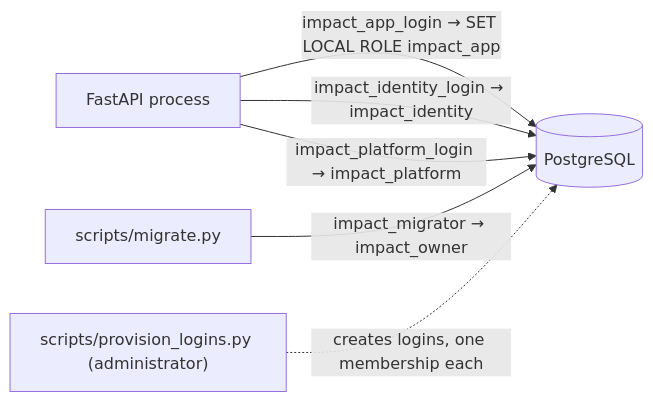
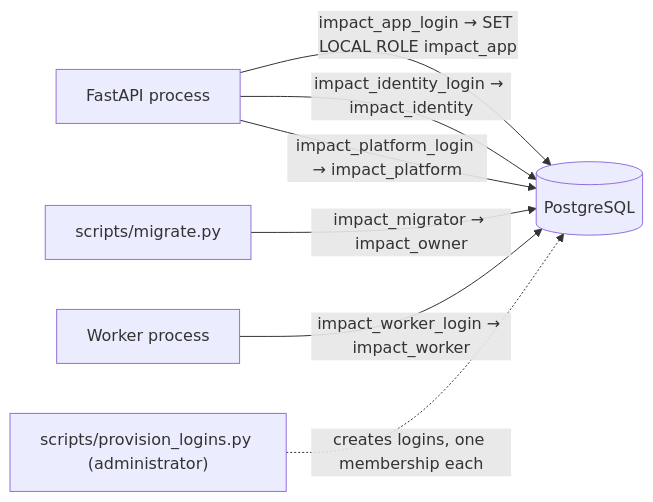
Before and after one commit to nakul175/impact-platform: the fourth of 5 diagrams in docs/current/ARCHITECTURE-CURRENT.md, drawn with Mermaid. The commit also changed other lines of this file and 34 other files, not shown here.

````diff
--- a/docs/current/ARCHITECTURE-CURRENT.md
+++ b/docs/current/ARCHITECTURE-CURRENT.md
@@ -68,8 +99,9 @@
 ```mermaid
 flowchart LR
     API["FastAPI process"] -->|impact_app_login → SET LOCAL ROLE impact_app| DB[("PostgreSQL")]
     API -->|impact_identity_login → impact_identity| DB
     API -->|impact_platform_login → impact_platform| DB
     M["scripts/migrate.py"] -->|impact_migrator → impact_owner| DB
+    WK["Worker process"] -->|impact_worker_login → impact_worker| DB
     P["scripts/provision_logins.py (administrator)"] -.->|creates logins, one membership each| DB
 ```
````
